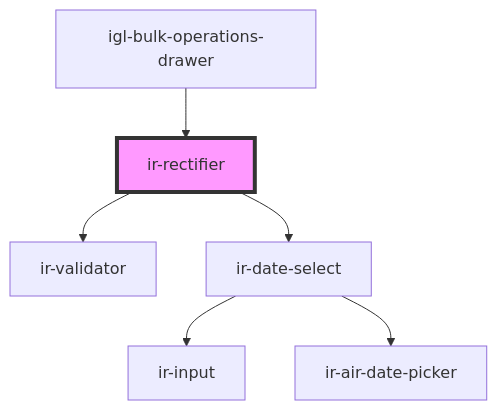
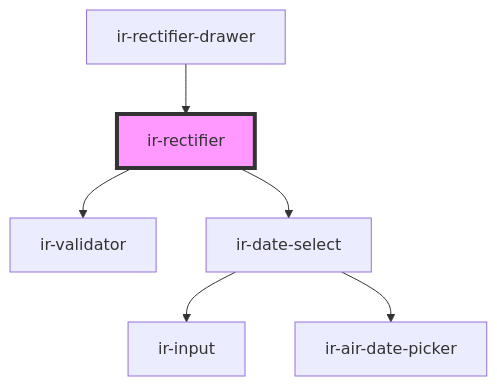
One commit to RonyRizk/ir-webcmp changed the diagram in src/components/igloo-calendar/igl-bulk-operations/ir-rectifier/readme.md. Above: the diagram before and after it, drawn with Mermaid. The commit also changed other lines of this file and 19 other files, not shown here.

````diff
--- a/src/components/igloo-calendar/igl-bulk-operations/ir-rectifier/readme.md
+++ b/src/components/igloo-calendar/igl-bulk-operations/ir-rectifier/readme.md
@@ -35,9 +35,9 @@
 ```mermaid
 graph TD;
   ir-rectifier --> ir-validator
   ir-rectifier --> ir-date-select
   ir-date-select --> ir-input
   ir-date-select --> ir-air-date-picker
-  igl-bulk-operations-drawer --> ir-rectifier
+  ir-rectifier-drawer --> ir-rectifier
   style ir-rectifier fill:#f9f,stroke:#333,stroke-width:4px
 ```
````
